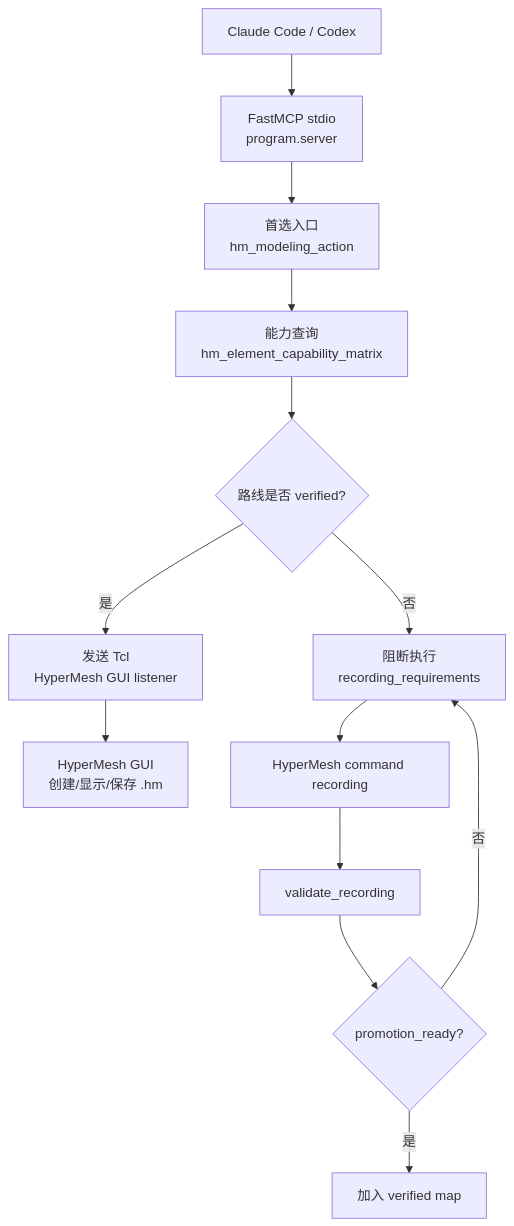
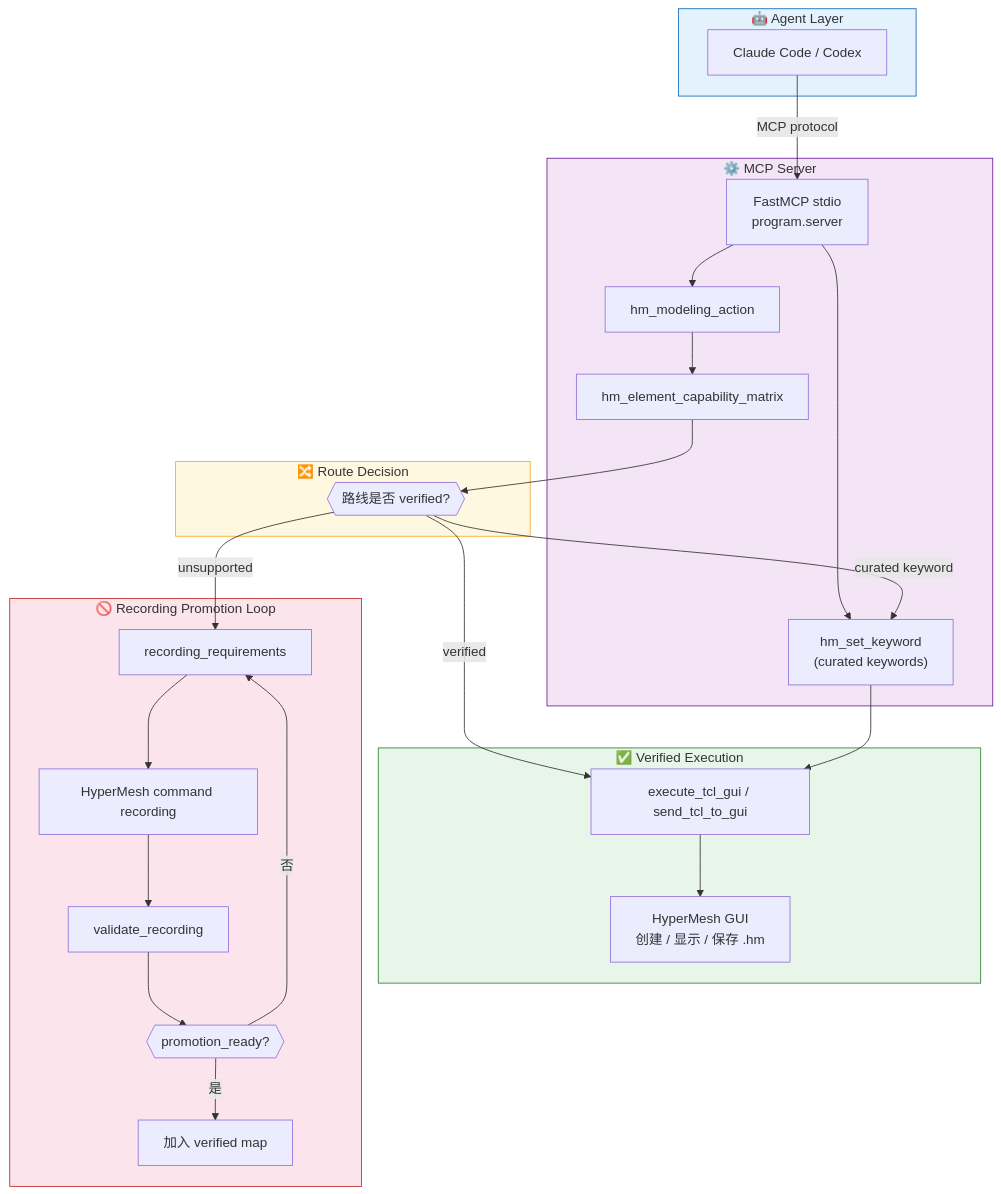
The diagram in README.md (yesooner/hyper-dyna-mcp), drawn with Mermaid before and after one commit. The commit also changed 1 other file, not shown here.

Commit message:
docs: 优化 README mermaid 流程图
- 添加颜色分层：Agent Layer、MCP Server、Route Decision、Verified Execution、Recording Promotion Loop
- 添加 curated keyword 分支（hm_set_keyword）
- 英文 README 同步更新

````diff
--- a/README.md
+++ b/README.md
@@ -26,15 +26,52 @@
 ```mermaid
 flowchart TD
-    A["Claude Code / Codex"] --> B["FastMCP stdio<br/>program.server"]
-    B --> C["首选入口<br/>hm_modeling_action"]
-    C --> D["能力查询<br/>hm_element_capability_matrix"]
-    D --> E{"路线是否 verified?"}
-    E -- "是" --> F["发送 Tcl<br/>HyperMesh GUI listener"]
-    F --> G["HyperMesh GUI<br/>创建/显示/保存 .hm"]
-    E -- "否" --> H["阻断执行<br/>recording_requirements"]
-    H --> I["HyperMesh command recording"]
-    I --> J["validate_recording"]
-    J --> K{"promotion_ready?"}
-    K -- "是" --> L["加入 verified map"]
+    subgraph agent["🤖 Agent Layer"]
+        A["Claude Code / Codex"]
+    end
+
+    subgraph mcp["⚙️ MCP Server"]
+        B["FastMCP stdio<br/>program.server"]
+        C["hm_modeling_action"]
+        D["hm_element_capability_matrix"]
+        R["hm_set_keyword<br/>(curated keywords)"]
+    end
+
+    subgraph decision["🔀 Route Decision"]
+        E{{"路线是否 verified?"}}
+    end
+
+    subgraph exec["✅ Verified Execution"]
+        F["execute_tcl_gui / send_tcl_to_gui"]
+        G["HyperMesh GUI<br/>创建 / 显示 / 保存 .hm"]
+    end
+
+    subgraph blocked["🚫 Recording Promotion Loop"]
+        H["recording_requirements"]
+        I["HyperMesh command recording"]
+        J["validate_recording"]
+        K{{"promotion_ready?"}}
+        L["加入 verified map"]
+    end
+
+    A -->|"MCP protocol"| B
+    B --> C
+    B --> R
+    C --> D
+    D --> E
+    E -- "verified" --> F
+    E -- "curated keyword" --> R
+    R --> F
+    F --> G
+    E -- "unsupported" --> H
+    H --> I
+    I --> J
+    J --> K
+    K -- "是" --> L
     K -- "否" --> H
+
+    style agent fill:#e3f2fd,stroke:#1565c0
+    style mcp fill:#f3e5f5,stroke:#6a1b9a
+    style decision fill:#fff8e1,stroke:#f9a825
+    style exec fill:#e8f5e9,stroke:#2e7d32
+    style blocked fill:#fce4ec,stroke:#c62828
 ```
````
